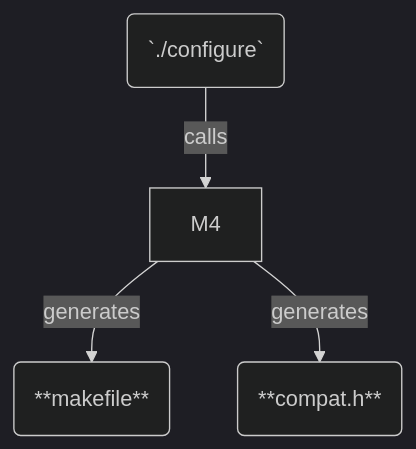
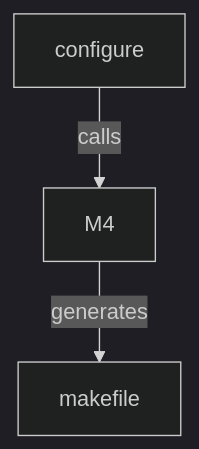
One commit to odkr/sucgi changed the diagram in docs/install.md. Above: the diagram before and after it, drawn with Mermaid (dark theme). The commit also changed other lines of this file, not shown here.

Commit message:
docs: minor changes.

````diff
--- a/docs/install.md
+++ b/docs/install.md
@@ -18,9 +18,7 @@
 ```mermaid
 graph TD
 
-    configure(`./configure`) -- calls --> M4
+configure -- calls --> M4
 
-    M4 -- generates --> makefile(**makefile**)
-
-    M4 -- generates --> compat.h(**compat.h**)
+M4 -- generates --> makefile
 ```
````
